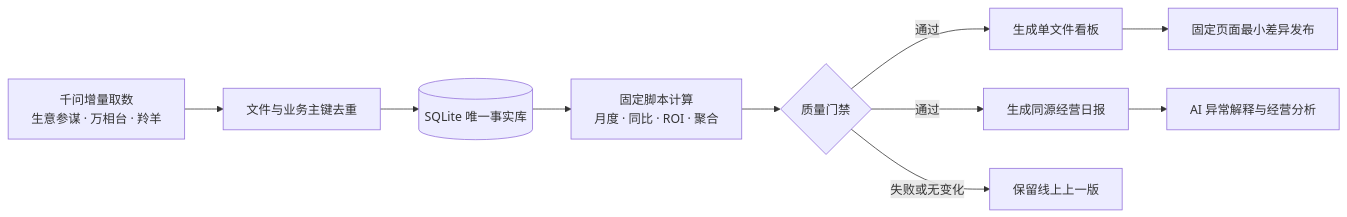
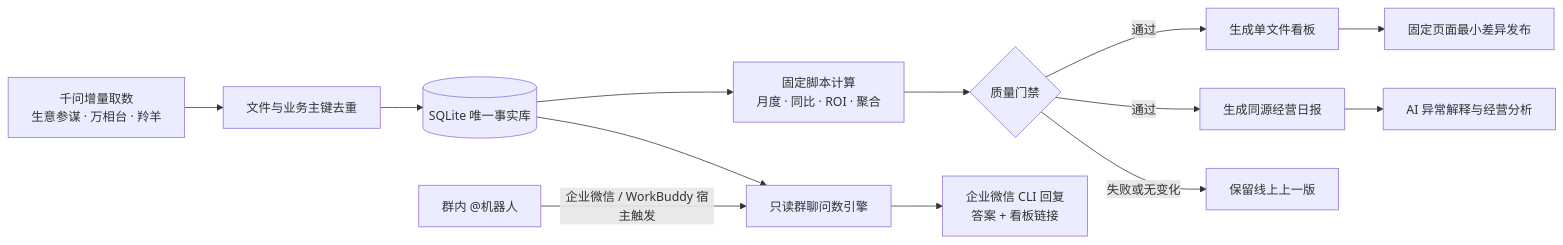
The diagram in README.md (Ryan-7962/tmall-ops-workflow), drawn with Mermaid before and after one commit. The commit also changed other lines of this file and 5 other files, not shown here.

````diff
--- a/README.md
+++ b/README.md
@@ -32,12 +33,15 @@
 ```mermaid
 flowchart LR
   A[千问增量取数<br/>生意参谋 · 万相台 · 羚羊] --> B[文件与业务主键去重]
   B --> C[(SQLite 唯一事实库)]
   C --> D[固定脚本计算<br/>月度 · 同比 · ROI · 聚合]
   D --> E{质量门禁}
   E -->|通过| F[生成单文件看板]
   E -->|通过| G[生成同源经营日报]
   F --> H[固定页面最小差异发布]
   G --> I[AI 异常解释与经营分析]
+  C --> K[只读群聊问数引擎]
+  Q[群内 @机器人] -->|企业微信 / WorkBuddy 宿主触发| K
+  K --> L[企业微信 CLI 回复<br/>答案 + 看板链接]
   E -->|失败或无变化| J[保留线上上一版]
 ```
````
